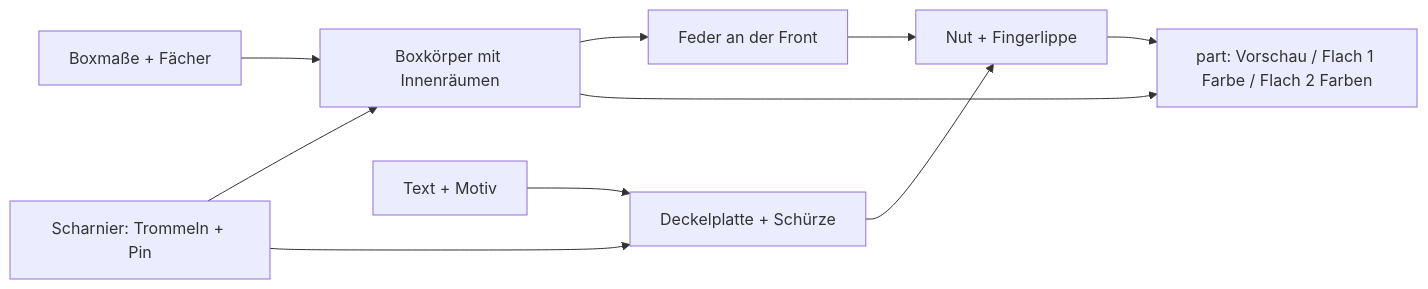
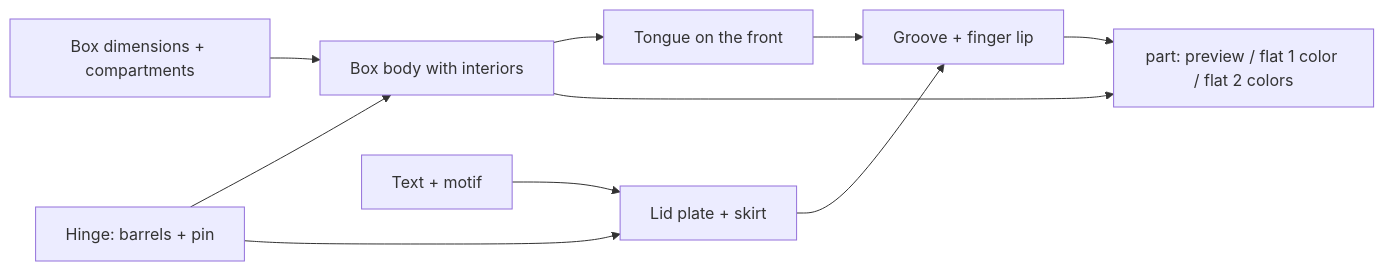
Before and after one commit to BetaHydri/parametric-cad-models: the diagram in models/parametric-treat-box/README.md, drawn with Mermaid. The commit also changed other lines of this file and 57 other files, not shown here.

````diff
--- a/models/parametric-treat-box/README.md
+++ b/models/parametric-treat-box/README.md
@@ -195,12 +200,12 @@
 ```mermaid
 flowchart LR
-    P[Boxmaße + Fächer] --> B[Boxkörper mit Innenräumen]
-    B --> F[Feder an der Front]
-    D[Deckelplatte + Schürze] --> N[Nut + Fingerlippe]
-    T[Text + Motiv] --> D
-    H[Scharnier: Trommeln + Pin] --> B
+    P[Box dimensions + compartments] --> B[Box body with interiors]
+    B --> F[Tongue on the front]
+    D[Lid plate + skirt] --> N[Groove + finger lip]
+    T[Text + motif] --> D
+    H[Hinge: barrels + pin] --> B
     H --> D
-    B --> O[part: Vorschau / Flach 1 Farbe / Flach 2 Farben]
+    B --> O[part: preview / flat 1 color / flat 2 colors]
     N --> O
     F --> N
 ```
````
